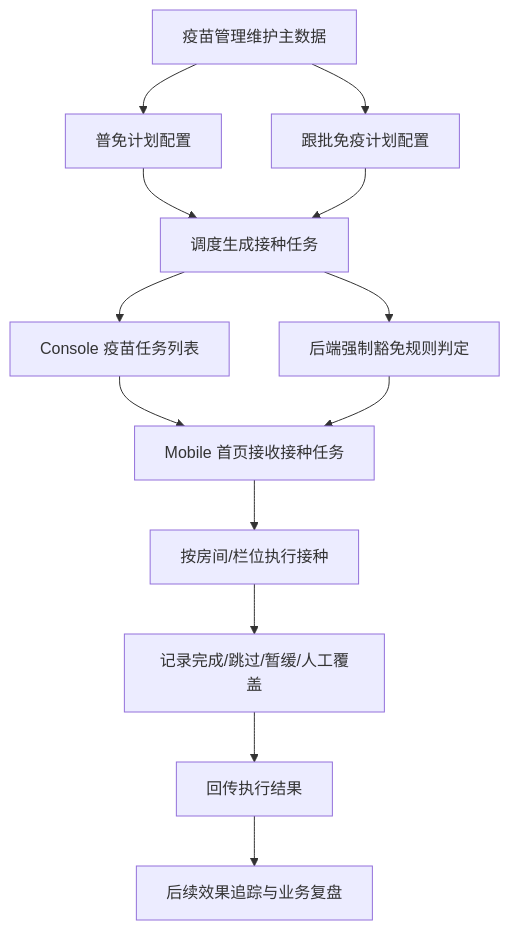
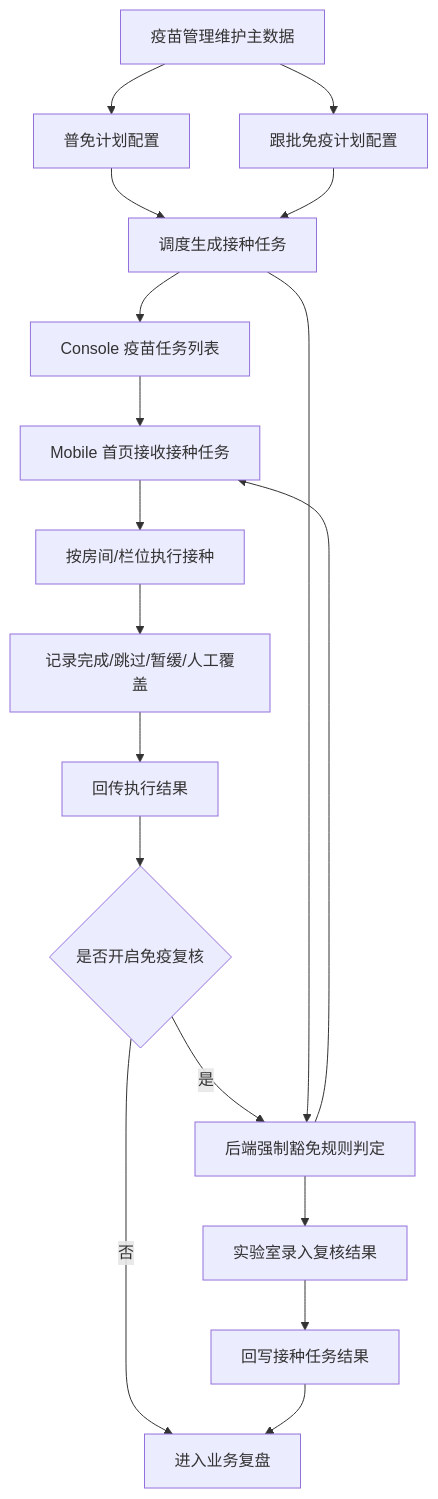
Before and after one commit to 91Dhua/Vaccine: the first of 2 diagrams in prds/vaccine prd/00-疫苗业务总览.md, drawn with Mermaid. The commit also changed other lines of this file and 21 other files, not shown here.

Commit message:
Add review sampling flow and refine task detail navigation

````diff
--- a/prds/vaccine prd/00-疫苗业务总览.md
+++ b/prds/vaccine prd/00-疫苗业务总览.md
@@ -33,15 +33,20 @@
 ```mermaid
 flowchart TD
   A[疫苗管理维护主数据] --> B[普免计划配置]
   A --> C[跟批免疫计划配置]
   B --> D[调度生成接种任务]
   C --> D
   D --> E[Console 疫苗任务列表]
   E --> F[Mobile 首页接收接种任务]
   F --> G[按房间/栏位执行接种]
   G --> H[记录完成/跳过/暂缓/人工覆盖]
   H --> I[回传执行结果]
-  I --> J[后续效果追踪与业务复盘]
+  I --> J{是否开启免疫复核}
+  J -->|是| K[生成免疫复核采样任务]
+  J -->|否| L[进入业务复盘]
+  K --> M[实验室录入复核结果]
+  M --> N[回写接种任务结果]
+  N --> L[进入业务复盘]
   D --> K[后端强制豁免规则判定]
   K --> F
 ```
````
